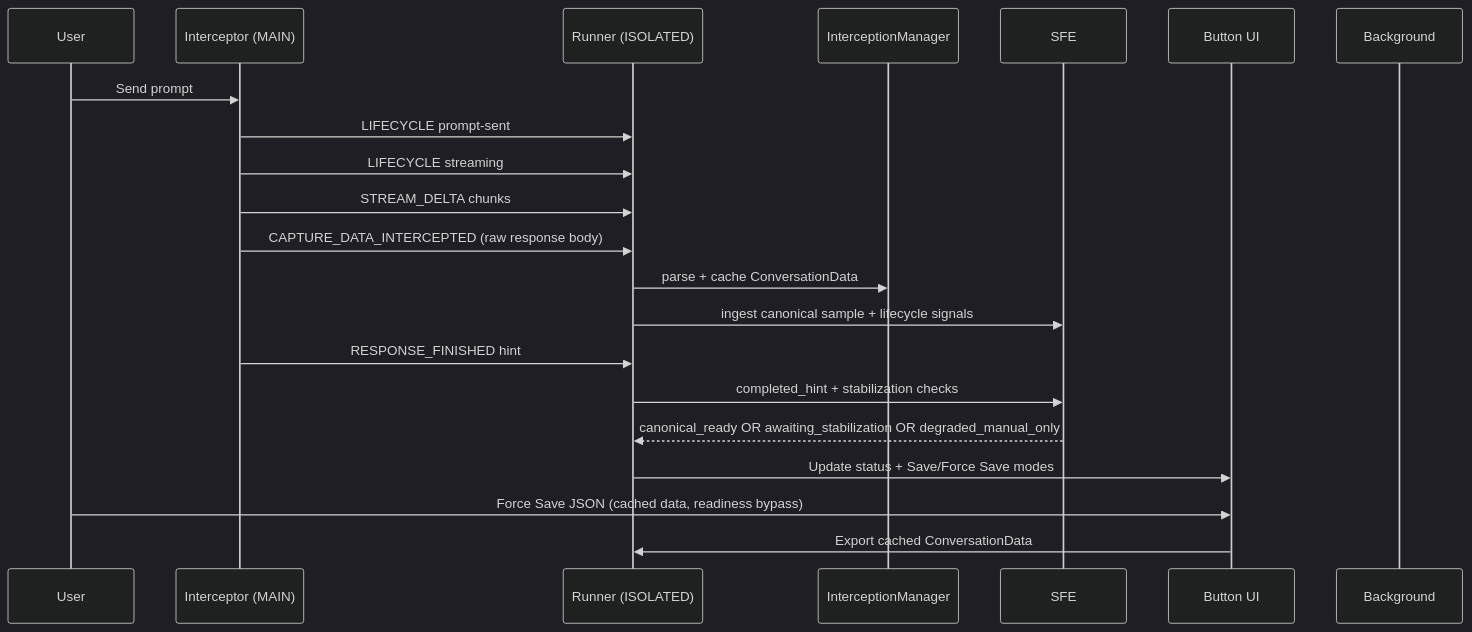
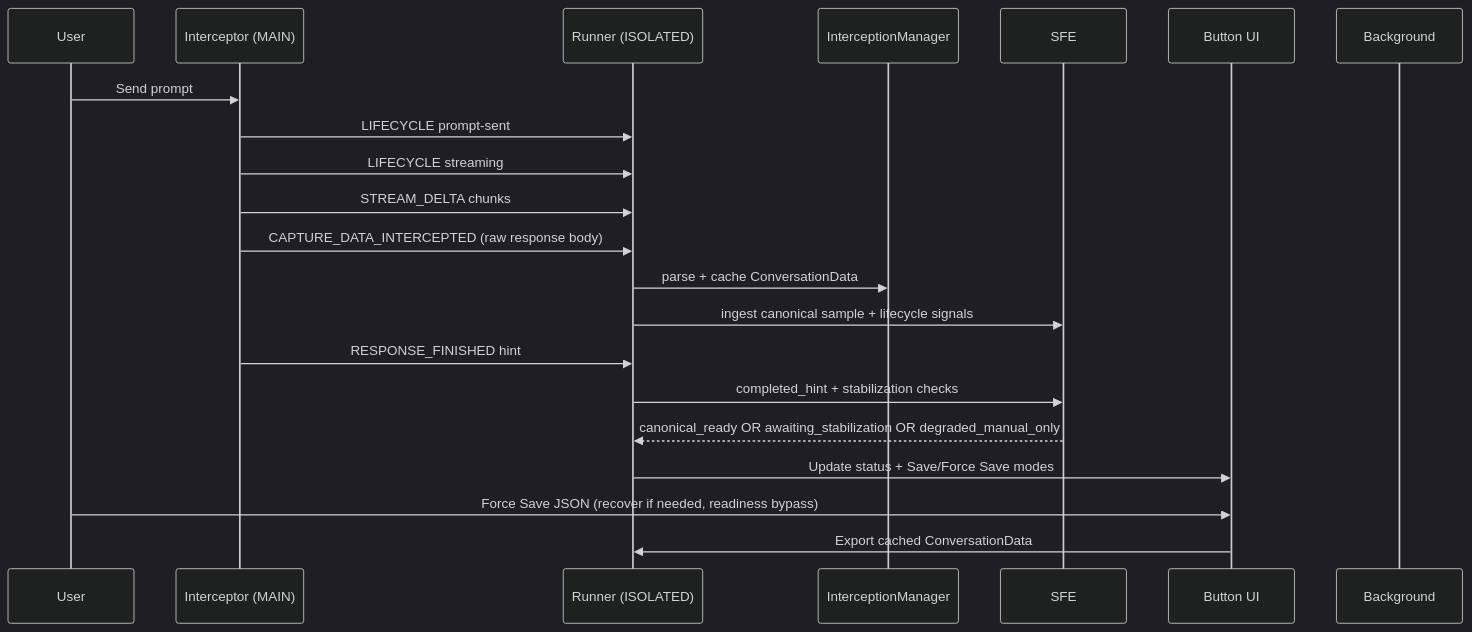
One commit to ragaeeb/blackiya changed the second of 2 diagrams in docs/architecture.md. Above: the diagram before and after it, drawn with Mermaid (dark theme). The commit also changed other lines of this file and 34 other files, not shown here.

````diff
--- a/docs/architecture.md
+++ b/docs/architecture.md
@@ -145,24 +149,24 @@
 ```mermaid
 sequenceDiagram
     participant U as User
     participant I as Interceptor (MAIN)
     participant R as Runner (ISOLATED)
     participant C as InterceptionManager
     participant S as SFE
     participant UI as Button UI
     participant BG as Background
 
     U->>I: Send prompt
     I->>R: LIFECYCLE prompt-sent
     I->>R: LIFECYCLE streaming
     I->>R: STREAM_DELTA chunks
     I->>R: CAPTURE_DATA_INTERCEPTED (raw response body)
     R->>C: parse + cache ConversationData
     R->>S: ingest canonical sample + lifecycle signals
     I->>R: RESPONSE_FINISHED hint
     R->>S: completed_hint + stabilization checks
     S-->>R: canonical_ready OR awaiting_stabilization OR degraded_manual_only
     R->>UI: Update status + Save/Force Save modes
-    U->>UI: Force Save JSON (cached data, readiness bypass)
+    U->>UI: Force Save JSON (recover if needed, readiness bypass)
     UI->>R: Export cached ConversationData
 ```
````
